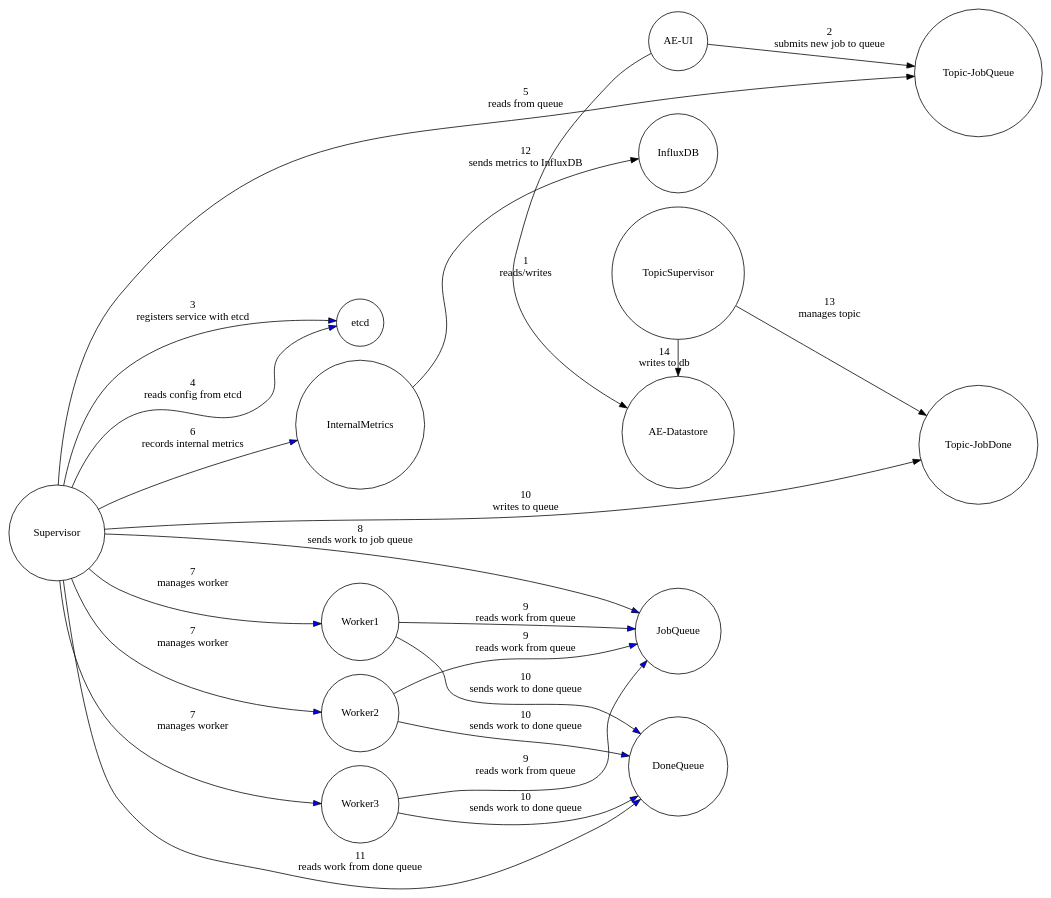
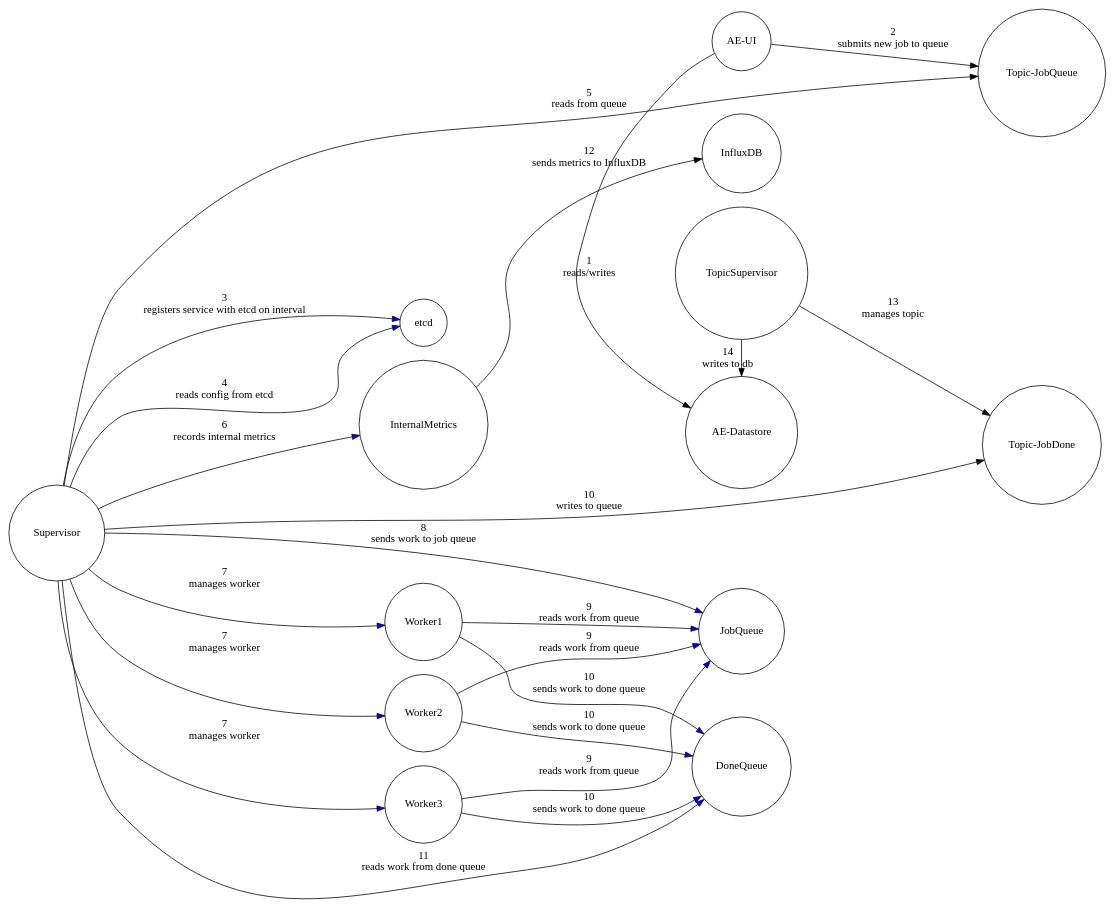
The diagram in wiki/builder/flow/flow-gce-based.dot (JasonGiedymin/voom-builder), drawn with Graphviz before and after one commit. The commit also changed 7 other files, not shown here.

```diff
--- a/wiki/builder/flow/flow-gce-based.dot
+++ b/wiki/builder/flow/flow-gce-based.dot
@@ -1,45 +1,45 @@
 digraph FlowDraft1 {
   rankdir=LR;
   //size="80,50"
   # splines=true;
   # overlap=scalexy;
   # K="3"
   # repulsiveForce="2"
   
   node [shape = circle];
   "AE-UI" -> "AE-Datastore" [ label = "1\nreads/writes"]
   "AE-UI" -> "Topic-JobQueue" [ label = "2\nsubmits new job to queue"]
   {rank=same; "AE-UI", "AE-Datastore", "TopicSupervisor", "InfluxDB"}
 
-  "Supervisor" -> "etcd" [ label = "3\nregisters service with etcd" fillcolor="blue"];
+  "Supervisor" -> "etcd" [ label = "3\nregisters service with etcd on interval" fillcolor="blue"];
   "Supervisor" -> "etcd" [ label = "4\nreads config from etcd" fillcolor="blue"];
   
   "Supervisor" -> "Topic-JobQueue" [ label = "5\nreads from queue"];
   "Supervisor" -> "InternalMetrics" [ label = "6\nrecords internal metrics" fillcolor="blue"];
   "Supervisor" -> "Topic-JobDone" [ label = "10\nwrites to queue" ];
   {rank=same; "Topic-JobQueue" "Topic-JobDone"}
 
   "Supervisor" -> "Worker1" [ label = "7\nmanages worker" fillcolor="blue"]
   "Supervisor" -> "Worker2" [ label = "7\nmanages worker" fillcolor="blue"]
   "Supervisor" -> "Worker3" [ label = "7\nmanages worker" fillcolor="blue"]
   {rank=same; "Worker1" "Worker2" "Worker3"}
 
   "Supervisor" -> "JobQueue" [ label = "8\nsends work to job queue" fillcolor="blue"]
 
   "Worker1" -> "JobQueue" [ label = "9\nreads work from queue" fillcolor="blue"]
   "Worker2" -> "JobQueue" [ label = "9\nreads work from queue" fillcolor="blue"]
   "Worker3" -> "JobQueue" [ label = "9\nreads work from queue" fillcolor="blue"]
   "Worker1" -> "DoneQueue" [ label = "10\nsends work to done queue" fillcolor="blue"]
   "Worker2" -> "DoneQueue" [ label = "10\nsends work to done queue" fillcolor="blue"]
   "Worker3" -> "DoneQueue" [ label = "10\nsends work to done queue" fillcolor="blue"]
   {rank=same; "JobQueue" "DoneQueue"}
 
   "Supervisor" -> "DoneQueue" [ label = "11\nreads work from done queue" fillcolor="blue"]
   "InternalMetrics" -> "InfluxDB"[ label = "12\nsends metrics to InfluxDB"]
 
   "TopicSupervisor" -> "Topic-JobDone" [ label = "13\nmanages topic" ];
   "TopicSupervisor" -> "AE-Datastore" [ label = "14\nwrites to db" ];
 
   #"MetricsBackend" -> "InfluxDB" [ label = "gets key summary metrics from InfluxDB"]
   #"MetricsBackend" -> "AE-Datastore" [ label = "stores key summary metrics to datastore"]
 }
```
